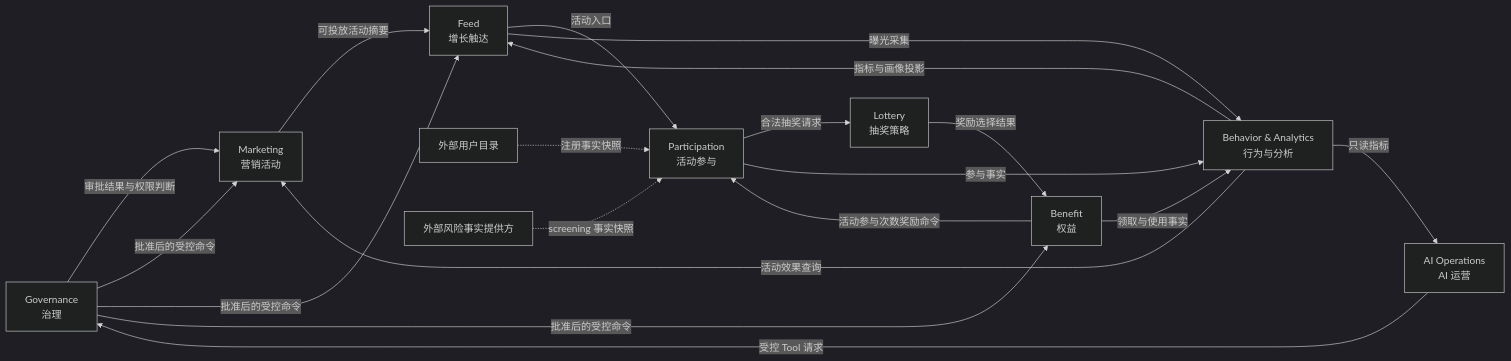
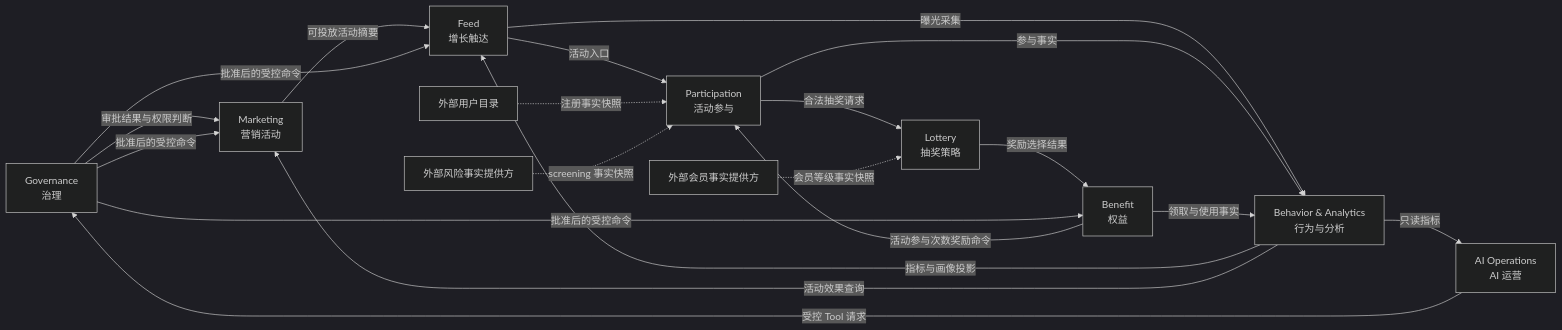
The diagram in docs/product/bounded-context-map-v1.md (Atingaii/GrowthOS-Go), drawn with Mermaid (dark theme) before and after one commit. The commit also changed other lines of this file and 1 other file, not shown here.

Commit message:
docs(architecture): register membership routing state

````diff
--- a/docs/product/bounded-context-map-v1.md
+++ b/docs/product/bounded-context-map-v1.md
@@ -29,33 +29,35 @@
 ```mermaid
 flowchart LR
     GOV[Governance\n治理]
     MKT[Marketing\n营销活动]
     PAR[Participation\n活动参与]
     LOT[Lottery\n抽奖策略]
     BEN[Benefit\n权益]
     FEED[Feed\n增长触达]
     BA[Behavior & Analytics\n行为与分析]
     AI[AI Operations\nAI 运营]
     USERDIR[外部用户目录]
     RISK[外部风险事实提供方]
+    MEMBERSHIP[外部会员事实提供方]
 
     GOV -->|审批结果与权限判断| MKT
     MKT -->|可投放活动摘要| FEED
     FEED -->|活动入口| PAR
     PAR -->|合法抽奖请求| LOT
     LOT -->|奖励选择结果| BEN
     BEN -->|活动参与次数奖励命令| PAR
     FEED -->|曝光采集| BA
     PAR -->|参与事实| BA
     BEN -->|领取与使用事实| BA
     BA -->|指标与画像投影| FEED
     BA -->|活动效果查询| MKT
 
     AI -->|受控 Tool 请求| GOV
     GOV -->|批准后的受控命令| MKT
     GOV -->|批准后的受控命令| FEED
     GOV -->|批准后的受控命令| BEN
     BA -->|只读指标| AI
     USERDIR -. 注册事实快照 .-> PAR
     RISK -. screening 事实快照 .-> PAR
+    MEMBERSHIP -. 会员等级事实快照 .-> LOT
 ```
````
